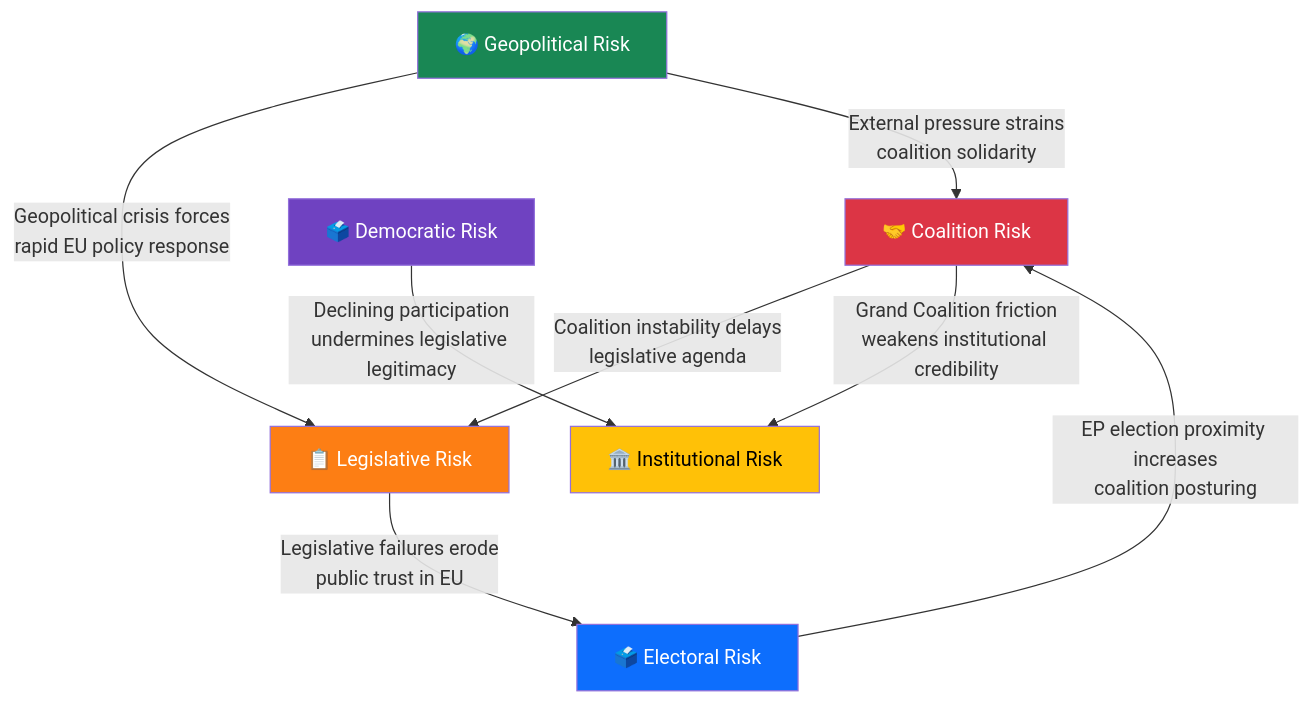
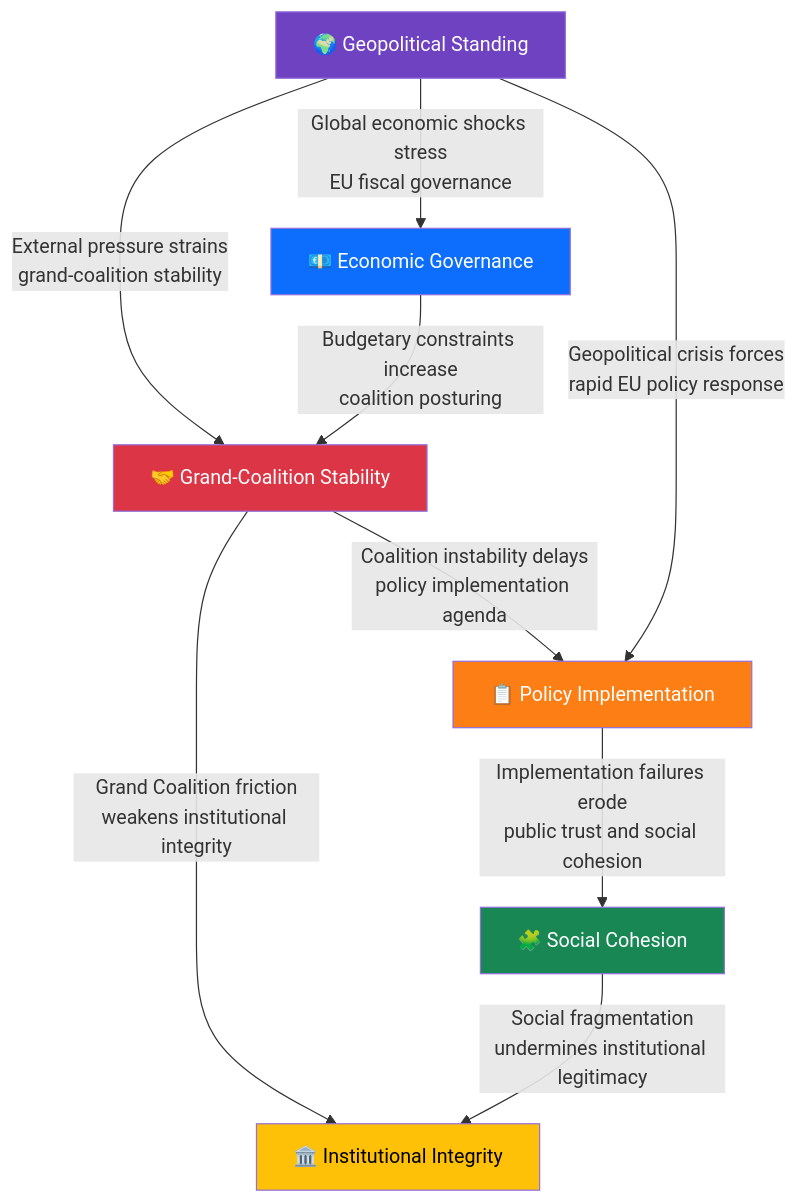
Before and after one commit to Hack23/euparliamentmonitor: the second of 2 diagrams in analysis/templates/risk-assessment.md, drawn with Mermaid. The commit also changed other lines of this file and 5 other files, not shown here.

````diff
--- a/analysis/templates/risk-assessment.md
+++ b/analysis/templates/risk-assessment.md
@@ -149,24 +149,25 @@
 ```mermaid
 graph TD
-    CR["🤝 Coalition Risk"]
-    LR["📋 Legislative Risk"]
-    IR["🏛️ Institutional Risk"]
-    ER["🗳️ Electoral Risk"]
-    DR["🗳️ Democratic Risk"]
-    XR["🌍 Geopolitical Risk"]
+    CR["🤝 Grand-Coalition Stability"]
+    LR["📋 Policy Implementation"]
+    IR["🏛️ Institutional Integrity"]
+    ER["💶 Economic Governance"]
+    DR["🧩 Social Cohesion"]
+    XR["🌍 Geopolitical Standing"]
 
-    CR -->|"Coalition instability delays<br/>legislative agenda"| LR
-    CR -->|"Grand Coalition friction<br/>weakens institutional credibility"| IR
-    LR -->|"Legislative failures erode<br/>public trust in EU"| ER
+    CR -->|"Coalition instability delays<br/>policy implementation agenda"| LR
+    CR -->|"Grand Coalition friction<br/>weakens institutional integrity"| IR
+    LR -->|"Implementation failures erode<br/>public trust and social cohesion"| DR
     XR -->|"Geopolitical crisis forces<br/>rapid EU policy response"| LR
-    XR -->|"External pressure strains<br/>coalition solidarity"| CR
-    ER -->|"EP election proximity increases<br/>coalition posturing"| CR
-    DR -->|"Declining participation<br/>undermines legislative legitimacy"| IR
+    XR -->|"External pressure strains<br/>grand-coalition stability"| CR
+    XR -->|"Global economic shocks stress<br/>EU fiscal governance"| ER
+    ER -->|"Budgetary constraints increase<br/>coalition posturing"| CR
+    DR -->|"Social fragmentation<br/>undermines institutional legitimacy"| IR
 
     style CR fill:#dc3545,color:#fff
     style LR fill:#fd7e14,color:#fff
     style IR fill:#ffc107,color:#000
     style ER fill:#0d6efd,color:#fff
-    style DR fill:#6f42c1,color:#fff
-    style XR fill:#198754,color:#fff
+    style DR fill:#198754,color:#fff
+    style XR fill:#6f42c1,color:#fff
 ```
````
